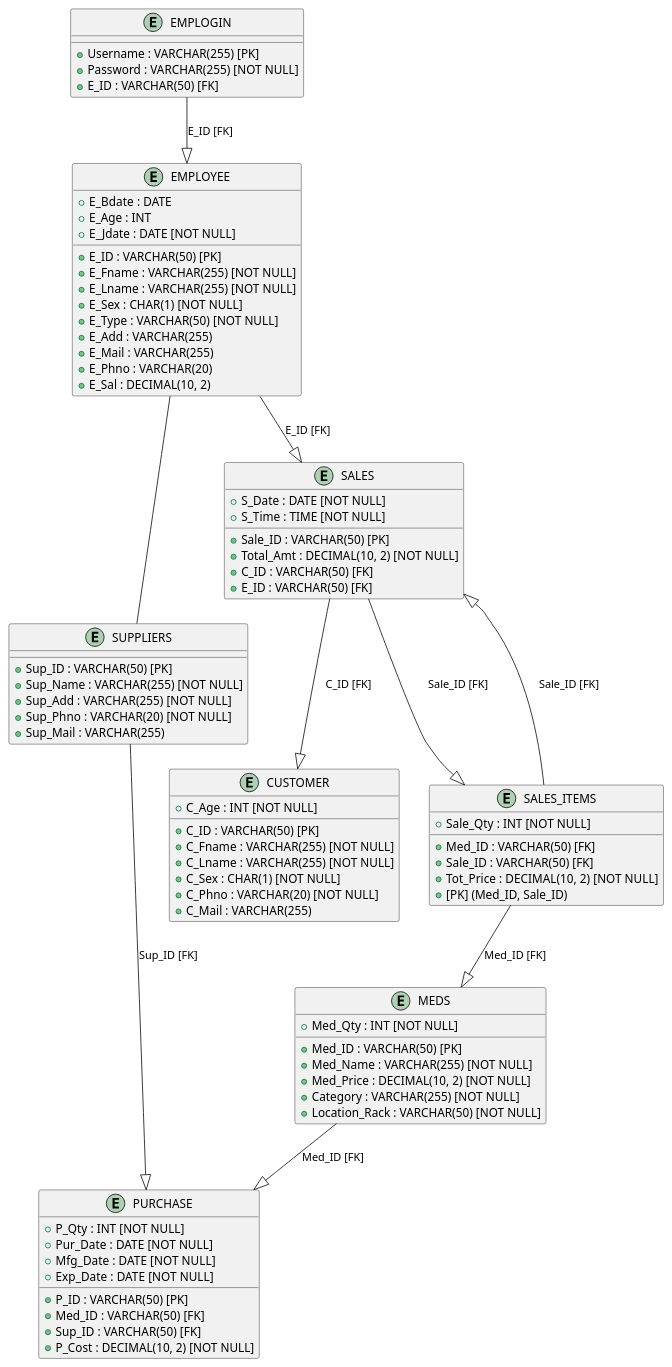
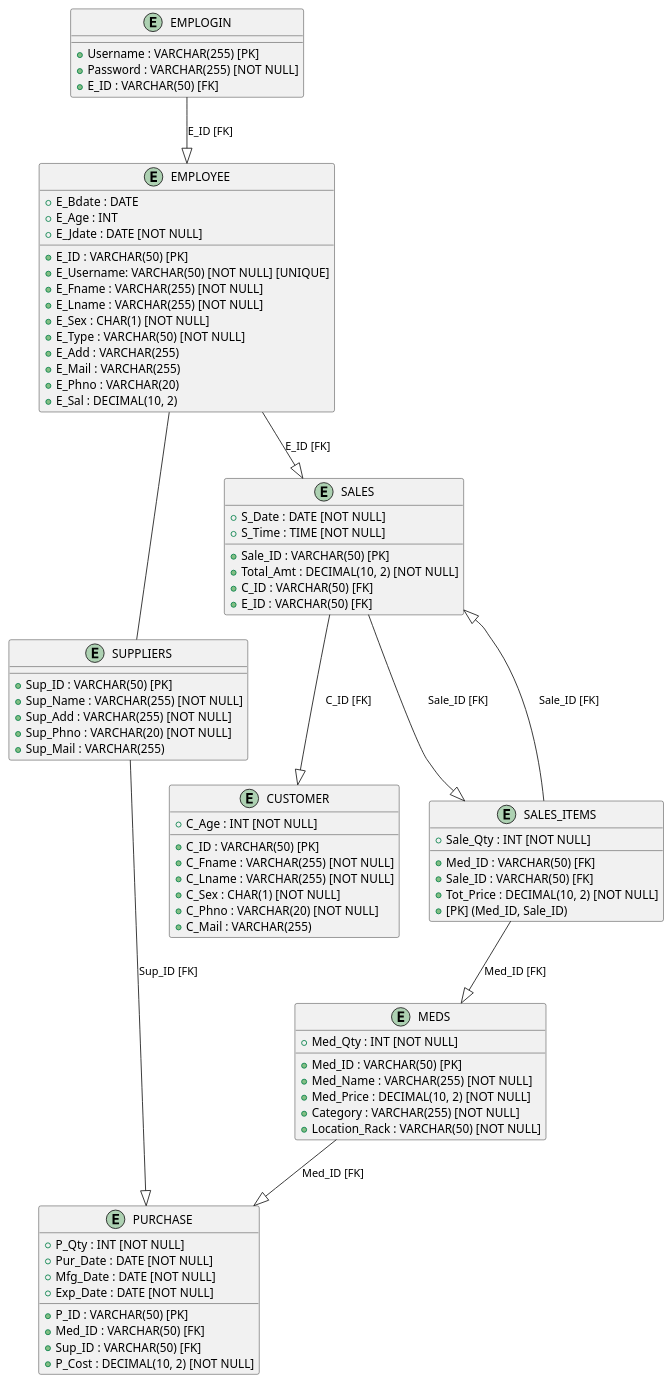
Before and after one commit to viettq1997/pharmacy-system: the diagram in design/RDM.puml, drawn with PlantUML. The commit also changed 7 other files, not shown here.

```diff
--- a/design/RDM.puml
+++ b/design/RDM.puml
@@ -1,87 +1,88 @@
 @startuml
 entity "EMPLOGIN" as EmpLogin {
   + Username : VARCHAR(255) [PK]
   + Password : VARCHAR(255) [NOT NULL]
   + E_ID : VARCHAR(50) [FK]
 }
 
 entity "EMPLOYEE" as Employee {
   + E_ID : VARCHAR(50) [PK]
+  + E_Username: VARCHAR(50) [NOT NULL] [UNIQUE]
   + E_Fname : VARCHAR(255) [NOT NULL]
   + E_Lname : VARCHAR(255) [NOT NULL]
   + E_Bdate : DATE
   + E_Age : INT
   + E_Sex : CHAR(1) [NOT NULL]
   + E_Type : VARCHAR(50) [NOT NULL]
   + E_Jdate : DATE [NOT NULL]
   + E_Add : VARCHAR(255)
   + E_Mail : VARCHAR(255)
   + E_Phno : VARCHAR(20)
   + E_Sal : DECIMAL(10, 2)
 }
 
 entity "SUPPLIERS" as Suppliers {
   + Sup_ID : VARCHAR(50) [PK]
   + Sup_Name : VARCHAR(255) [NOT NULL]
   + Sup_Add : VARCHAR(255) [NOT NULL]
   + Sup_Phno : VARCHAR(20) [NOT NULL]
   + Sup_Mail : VARCHAR(255)
 }
 
 entity "CUSTOMER" as Customer {
   + C_ID : VARCHAR(50) [PK]
   + C_Fname : VARCHAR(255) [NOT NULL]
   + C_Lname : VARCHAR(255) [NOT NULL]
   + C_Age : INT [NOT NULL]
   + C_Sex : CHAR(1) [NOT NULL]
   + C_Phno : VARCHAR(20) [NOT NULL]
   + C_Mail : VARCHAR(255)
 }
 
 entity "MEDS" as Meds {
   + Med_ID : VARCHAR(50) [PK]
   + Med_Name : VARCHAR(255) [NOT NULL]
   + Med_Qty : INT [NOT NULL]
   + Med_Price : DECIMAL(10, 2) [NOT NULL]
   + Category : VARCHAR(255) [NOT NULL]
   + Location_Rack : VARCHAR(50) [NOT NULL]
 }
 
 entity "PURCHASE" as Purchase {
   + P_ID : VARCHAR(50) [PK]
   + Med_ID : VARCHAR(50) [FK]
   + Sup_ID : VARCHAR(50) [FK]
   + P_Qty : INT [NOT NULL]
   + P_Cost : DECIMAL(10, 2) [NOT NULL]
   + Pur_Date : DATE [NOT NULL]
   + Mfg_Date : DATE [NOT NULL]
   + Exp_Date : DATE [NOT NULL]
 }
 
 entity "SALES" as Sales {
   + Sale_ID : VARCHAR(50) [PK]
   + S_Date : DATE [NOT NULL]
   + S_Time : TIME [NOT NULL]
   + Total_Amt : DECIMAL(10, 2) [NOT NULL]
   + C_ID : VARCHAR(50) [FK]
   + E_ID : VARCHAR(50) [FK]
 }
 
 entity "SALES_ITEMS" as SalesItems {
   + Med_ID : VARCHAR(50) [FK]
   + Sale_ID : VARCHAR(50) [FK]
   + Sale_Qty : INT [NOT NULL]
   + Tot_Price : DECIMAL(10, 2) [NOT NULL]
   + [PK] (Med_ID, Sale_ID)
 }
 
 EmpLogin --|> Employee : E_ID [FK]
 Employee --|> Sales : E_ID [FK]
 Employee -- Suppliers
 Sales --|> SalesItems : Sale_ID [FK]
 SalesItems --|> Meds : Med_ID [FK]
 SalesItems --|> Sales : Sale_ID [FK]
 Meds --|> Purchase : Med_ID [FK]
 Suppliers --|> Purchase : Sup_ID [FK]
 Sales --|> Customer : C_ID [FK]
 @enduml
```
